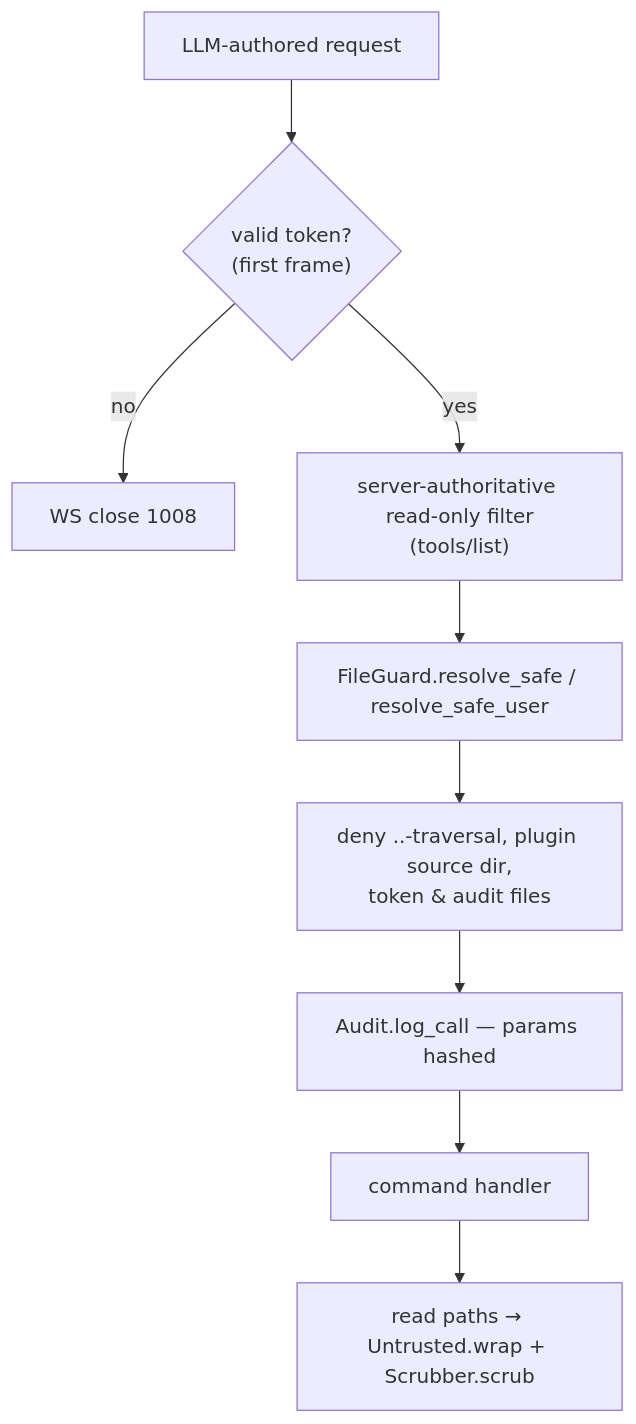
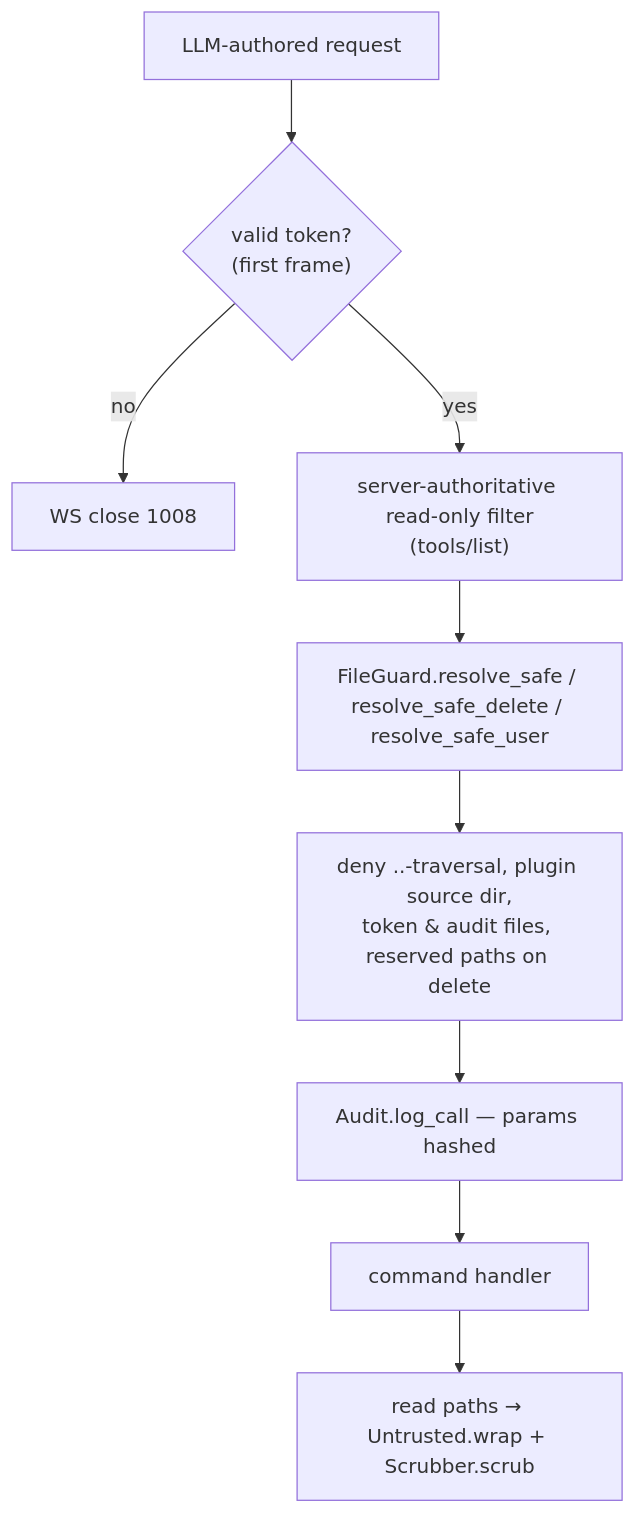
Diagram 13 of 13 in docs/architecture/README.md (NPGameDev/godot-mcp-toolkit), drawn with Mermaid before and after one commit. The commit also changed other lines of this file and 14 other files, not shown here.

First line of the commit message:
fix(security): refuse reserved paths in the delete tools

````diff
--- a/docs/architecture/README.md
+++ b/docs/architecture/README.md
@@ -710,11 +710,11 @@
 ```mermaid
 flowchart TD
     llm["LLM-authored request"] --> token{"valid token?<br/>(first frame)"}
     token -->|no| close["WS close 1008"]
     token -->|yes| filter["server-authoritative read-only filter<br/>(tools/list)"]
-    filter --> guard["FileGuard.resolve_safe / resolve_safe_user"]
-    guard --> deny["deny ..-traversal, plugin source dir,<br/>token & audit files"]
+    filter --> guard["FileGuard.resolve_safe / resolve_safe_delete / resolve_safe_user"]
+    guard --> deny["deny ..-traversal, plugin source dir,<br/>token & audit files, reserved paths on delete"]
     deny --> audit["Audit.log_call — params hashed"]
     audit --> handler["command handler"]
     handler --> wrap["read paths → Untrusted.wrap + Scrubber.scrub"]
 ```
````
